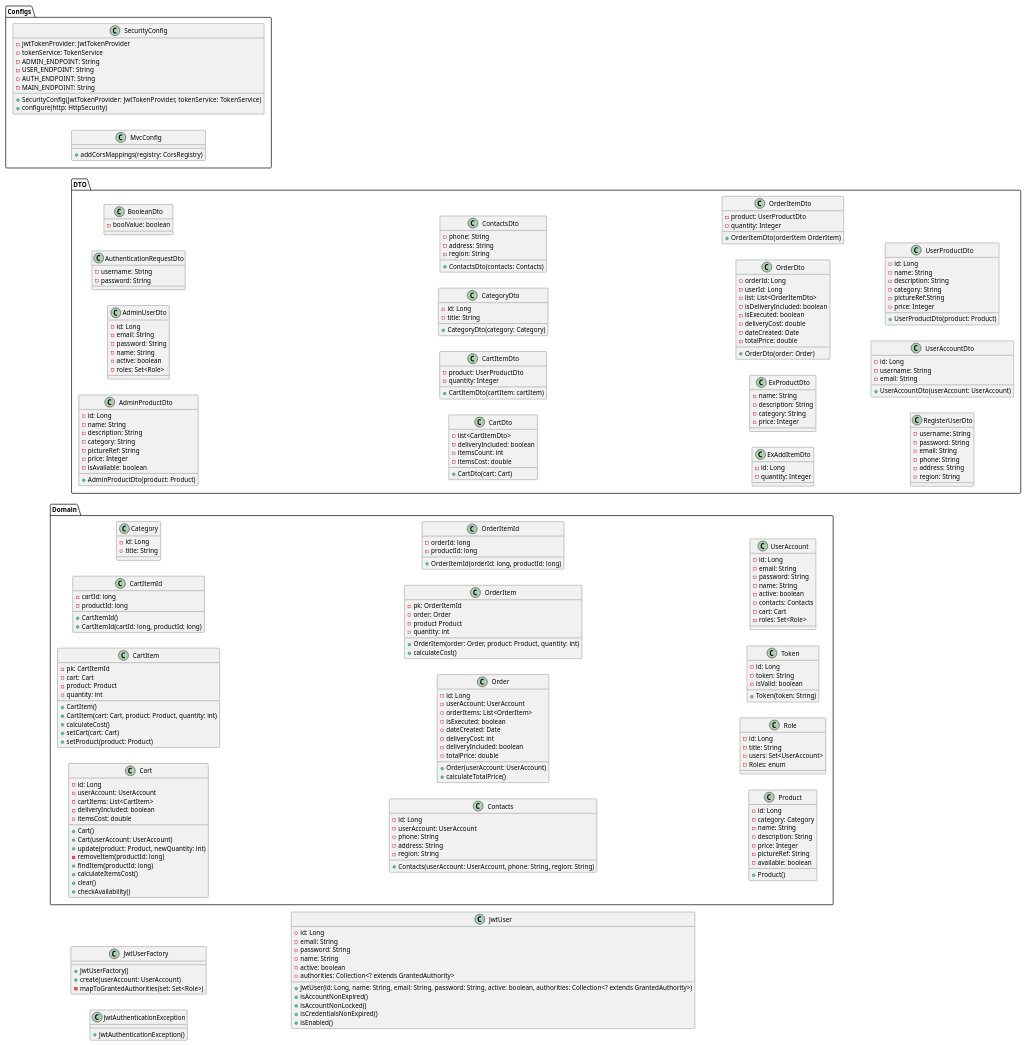
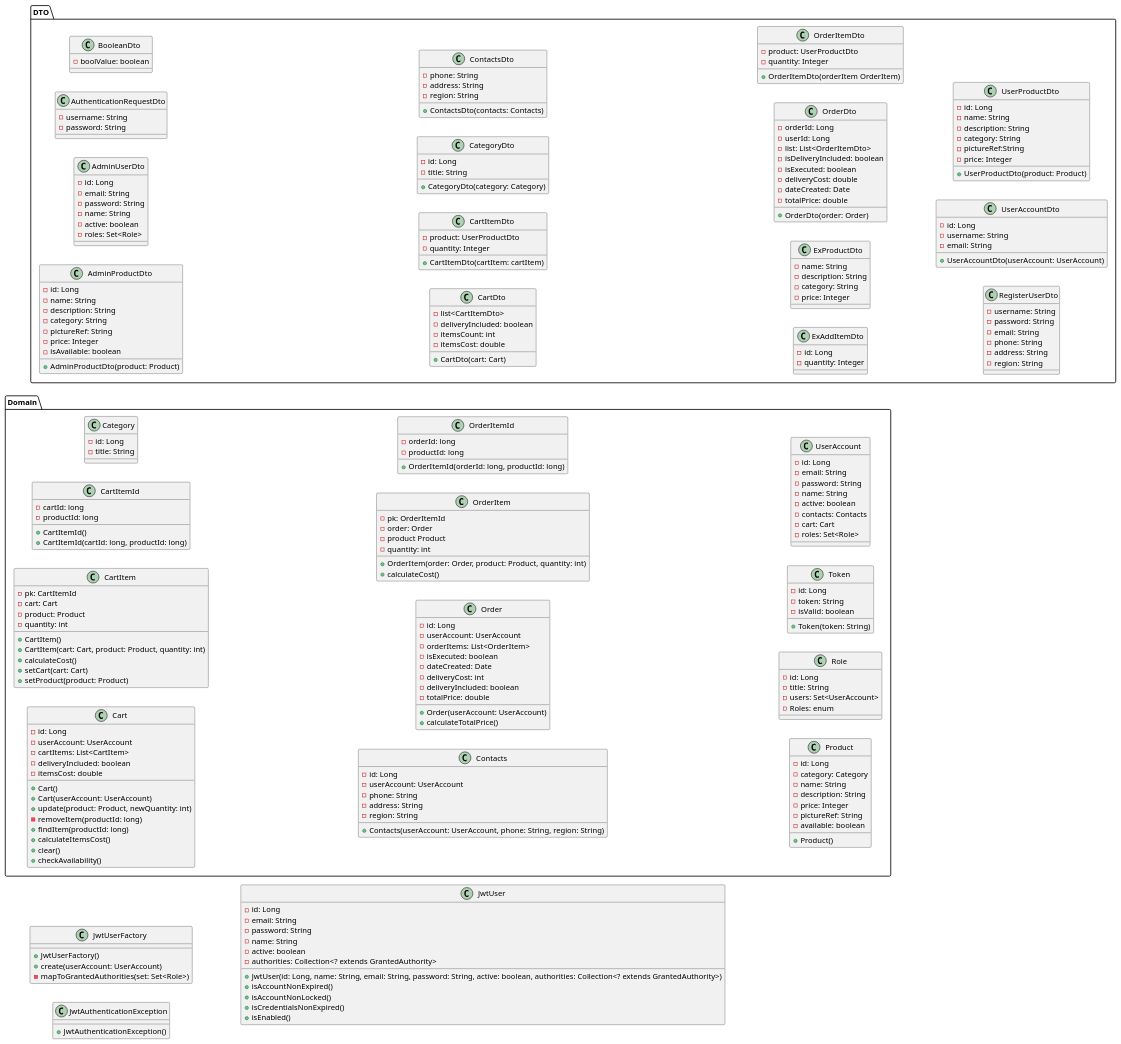
One commit to stroitel201/techshop changed the diagram in docs/uml/class_diagram_part2.puml. Above: the diagram before and after it, drawn with PlantUML. The commit also changed 2 other files, not shown here.

```diff
--- a/docs/uml/class_diagram_part2.puml
+++ b/docs/uml/class_diagram_part2.puml
@@ -257,19 +257,4 @@
     }
 }
 
-Package "Configs"{
-    class SecurityConfig{
-        -jwtTokenProvider: JwtTokenProvider
-        -tokenService: TokenService
-        -ADMIN_ENDPOINT: String
-        -USER_ENDPOINT: String
-        -AUTH_ENDPOINT: String
-        -MAIN_ENDPOINT: String
-        +{method}SecurityConfig(jwtTokenProvider: JwtTokenProvider, tokenService: TokenService)
-        +{method}configure(http: HttpSecurity)
-    }
-    class MvcConfig{
-        +{method}addCorsMappings(registry: CorsRegistry)
-    }
-}
 @enduml
```
